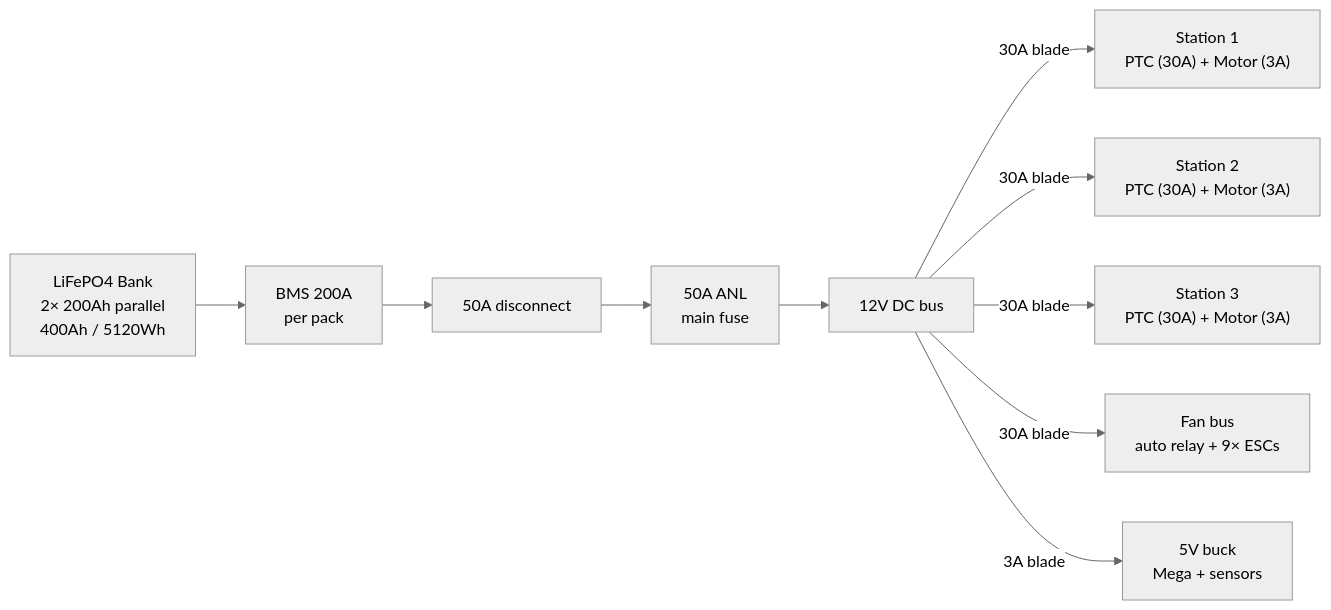
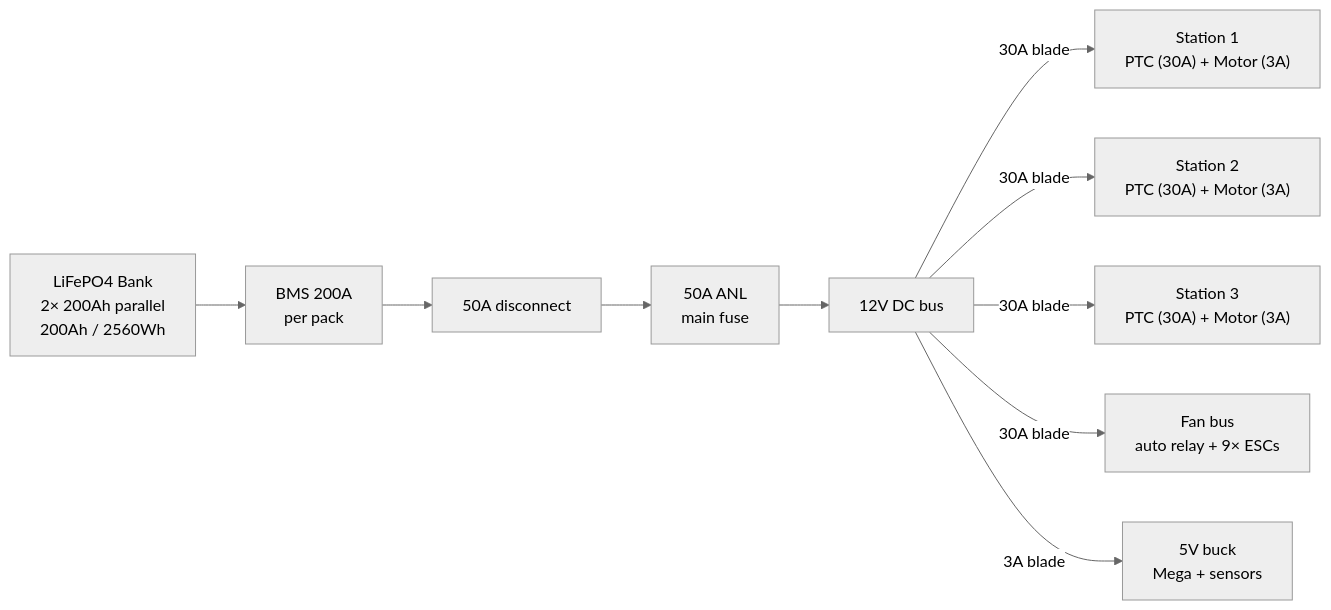
The second of 4 diagrams in docs/SYSTEM-ARCHITECTURE.md (qppd/umbrella-dryer-v2), drawn with Mermaid (neutral theme) before and after one commit. The commit also changed other lines of this file and 9 other files, not shown here.

````diff
--- a/docs/SYSTEM-ARCHITECTURE.md
+++ b/docs/SYSTEM-ARCHITECTURE.md
@@ -72,16 +72,16 @@
 ```mermaid
 flowchart LR
-    BANK["LiFePO4 Bank<br/>2× 200Ah parallel<br/>400Ah / 5120Wh"]
+    BANK["LiFePO4 Bank<br/>2× 200Ah parallel<br/>200Ah / 2560Wh"]
     BMS["BMS 200A<br/>per pack"]
     DISC["50A disconnect"]
     FUSE_M["50A ANL<br/>main fuse"]
     BUS["12V DC bus"]
 
     BANK --> BMS --> DISC --> FUSE_M --> BUS
 
     BUS -->|"30A blade"| S1["Station 1<br/>PTC (30A) + Motor (3A)"]
     BUS -->|"30A blade"| S2["Station 2<br/>PTC (30A) + Motor (3A)"]
     BUS -->|"30A blade"| S3["Station 3<br/>PTC (30A) + Motor (3A)"]
     BUS -->|"30A blade"| FANS["Fan bus<br/>auto relay + 9× ESCs"]
     BUS -->|"3A blade"| LOGIC["5V buck<br/>Mega + sensors"]
 ```
````
